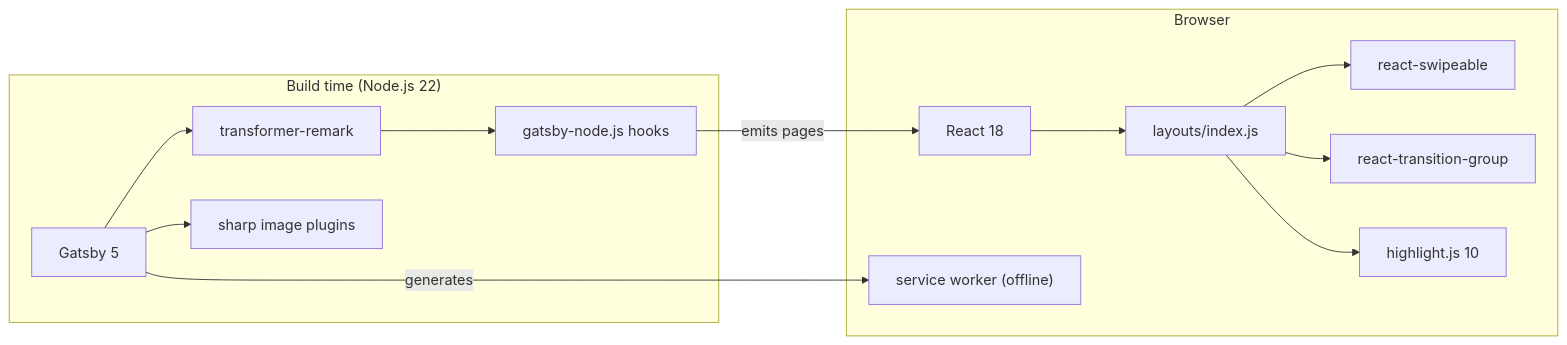
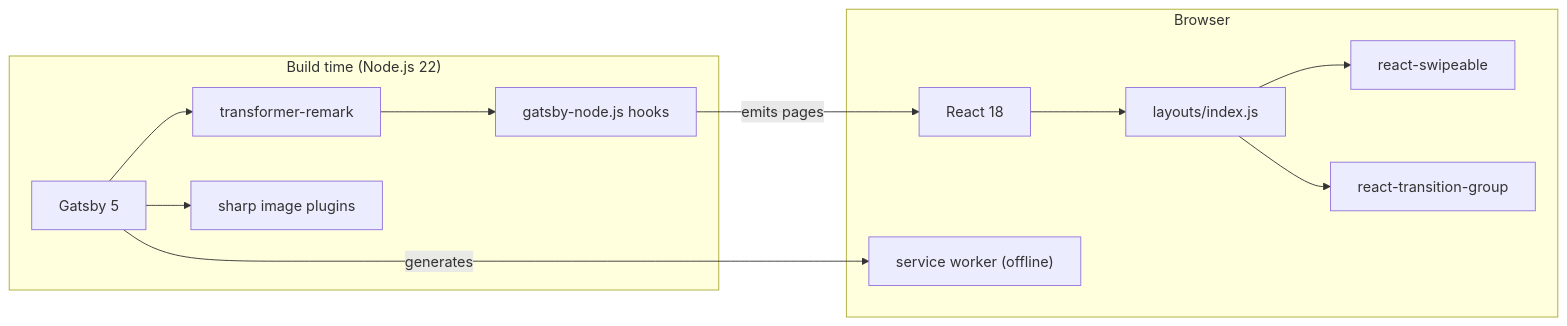
Before and after one commit to sshahar1/introduction-to-data-engineering: the diagram in .specify/architect/views/system/development.md, drawn with Mermaid. The commit also changed other lines of this file and 10 other files, not shown here.

````diff
--- a/.specify/architect/views/system/development.md
+++ b/.specify/architect/views/system/development.md
@@ -56,25 +55,23 @@
 ```mermaid
 graph LR
     subgraph BuildTime["Build time (Node.js 22)"]
         Gatsby["Gatsby 5"]
         Remark["transformer-remark"]
         Sharp["sharp image plugins"]
         Node["gatsby-node.js hooks"]
     end
     subgraph Browser["Browser"]
         React["React 18"]
         Layout["layouts/index.js"]
         Swipe["react-swipeable"]
         RTG["react-transition-group"]
-        HLJS["highlight.js 10"]
         SW["service worker (offline)"]
     end
     Gatsby --> Remark --> Node
     Gatsby --> Sharp
     Node -->|"emits pages"| React
     React --> Layout
     Layout --> Swipe
     Layout --> RTG
-    Layout --> HLJS
     Gatsby -->|"generates"| SW
 ```
````
